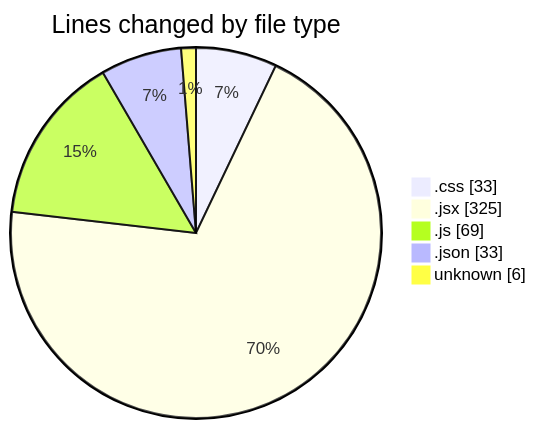
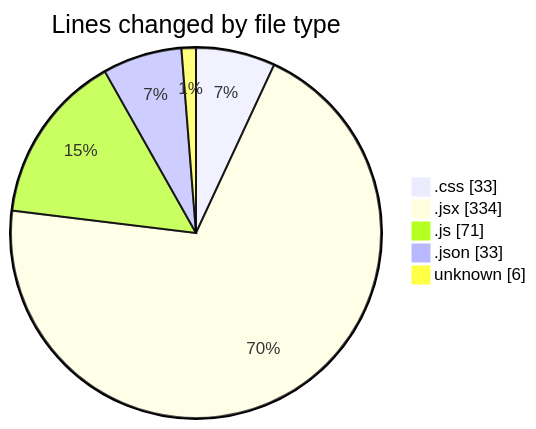
One commit to Elitesun/code-tracking changed the first of 2 diagrams in 2025-02-14/elitegpt/README.md. Above: the diagram before and after it, drawn with Mermaid. The commit also changed other lines of this file and 1 other file, not shown here.

````diff
--- a/2025-02-14/elitegpt/README.md
+++ b/2025-02-14/elitegpt/README.md
@@ -32,9 +32,9 @@
 ```mermaid
 pie showData
 title Lines changed by file type
 ".css" : 33
-".jsx" : 325
-".js" : 69
+".jsx" : 334
+".js" : 71
 ".json" : 33
 "unknown" : 6
 ```
````
